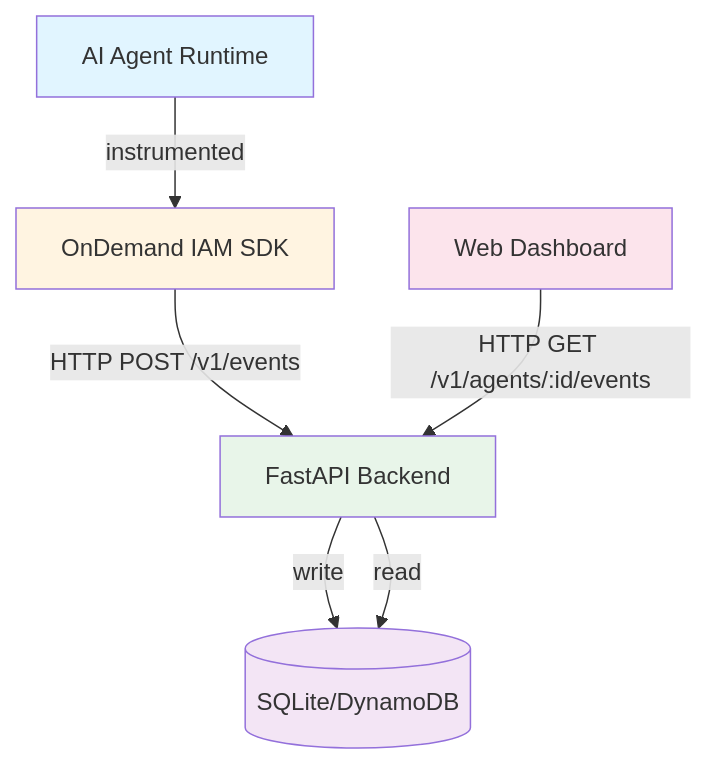
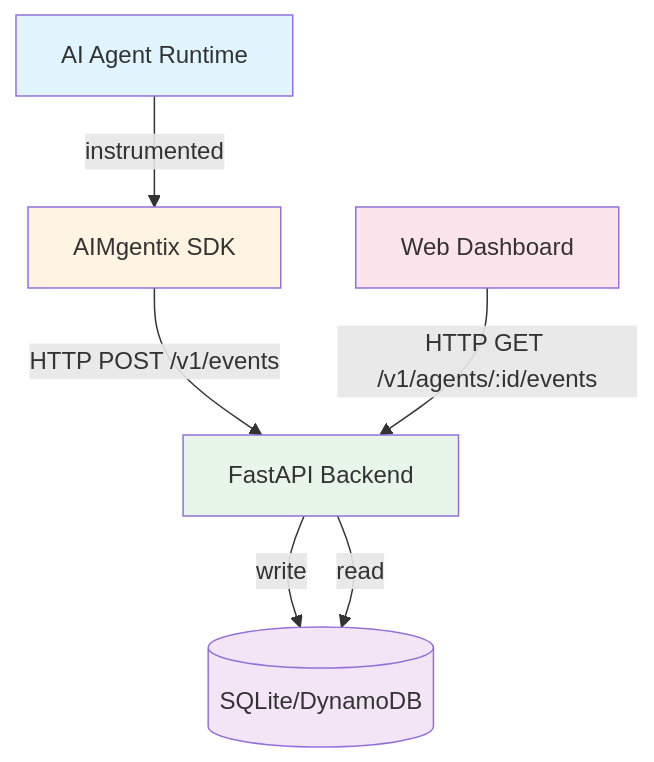
One commit to peterkrentel/ondemand-iam-agentic-ai changed the first of 2 diagrams in docs/ARCHITECTURE.md. Above: the diagram before and after it, drawn with Mermaid. The commit also changed other lines of this file and 17 other files, not shown here.

Commit message:
Rename OnDemand IAM Agentic AI to AIMgentix across all files

````diff
--- a/docs/ARCHITECTURE.md
+++ b/docs/ARCHITECTURE.md
@@ -23,20 +23,20 @@
 ```mermaid
 graph TB
     Agent[AI Agent Runtime]
-    SDK[OnDemand IAM SDK]
+    SDK[AIMgentix SDK]
     API[FastAPI Backend]
     DB[(SQLite/DynamoDB)]
     UI[Web Dashboard]
     
     Agent -->|instrumented| SDK
     SDK -->|HTTP POST /v1/events| API
     API -->|write| DB
     UI -->|HTTP GET /v1/agents/:id/events| API
     API -->|read| DB
     
     style Agent fill:#e1f5ff
     style SDK fill:#fff4e1
     style API fill:#e8f5e9
     style DB fill:#f3e5f5
     style UI fill:#fce4ec
 ```
````
